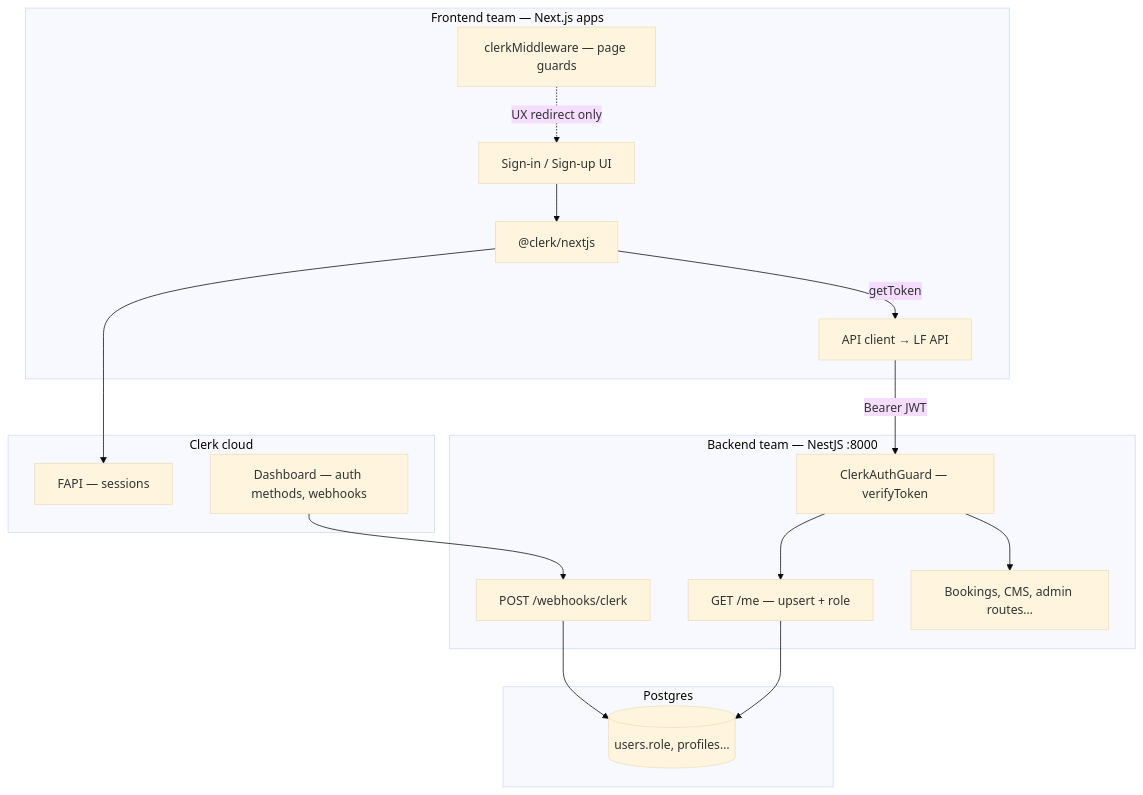
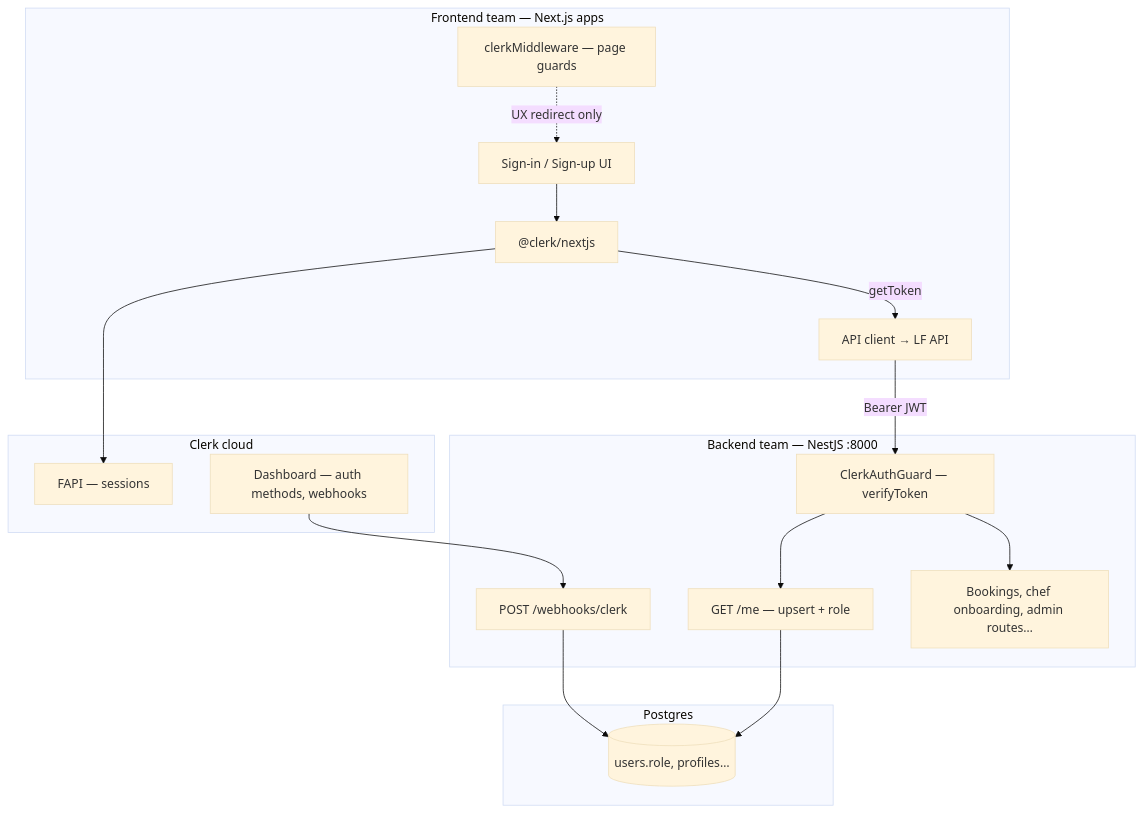
The third of 3 diagrams in docs/architecture.md (LabsFood/LF-BackEnd), drawn with Mermaid (base theme) before and after one commit. The commit also changed other lines of this file and 37 other files, not shown here.

````diff
--- a/docs/architecture.md
+++ b/docs/architecture.md
@@ -177,33 +166,33 @@
 ```mermaid
 flowchart TB
   subgraph frontend [Frontend team — Next.js apps]
     UI[Sign-in / Sign-up UI]
     ClerkNext["@clerk/nextjs"]
     MW[clerkMiddleware — page guards]
     APIClient[API client → LF API]
   end
 
   subgraph clerk [Clerk cloud]
     FAPI[FAPI — sessions]
     Dash[Dashboard — auth methods, webhooks]
   end
 
   subgraph backend [Backend team — NestJS :8000]
     Guard[ClerkAuthGuard — verifyToken]
     WH["POST /webhooks/clerk"]
     Me["GET /me — upsert + role"]
-    Biz[Bookings, CMS, admin routes…]
+    Biz[Bookings, chef onboarding, admin routes…]
   end
 
   subgraph db [Postgres]
     Users[(users.role, profiles…)]
   end
 
   UI --> ClerkNext --> FAPI
   ClerkNext -->|getToken| APIClient
   APIClient -->|Bearer JWT| Guard --> Me --> Users
   Guard --> Biz
   Dash --> WH --> Users
   MW -.->|UX redirect only| UI
 
 ```
````
